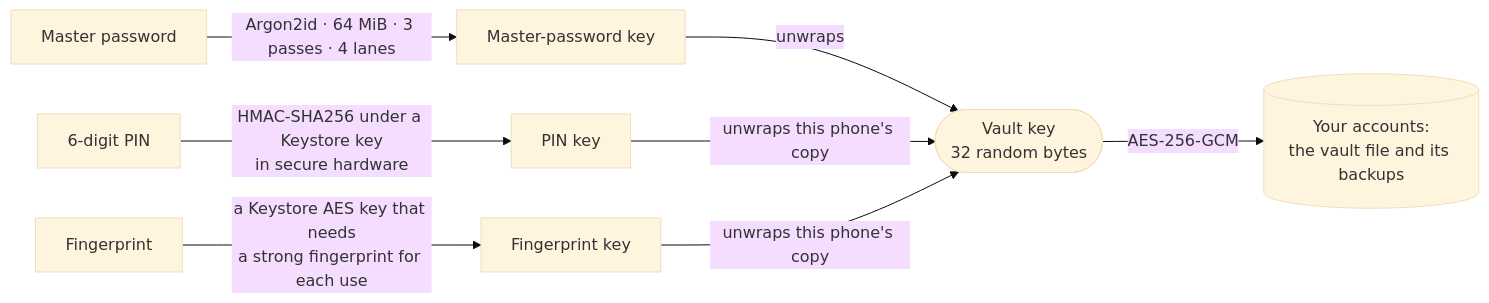
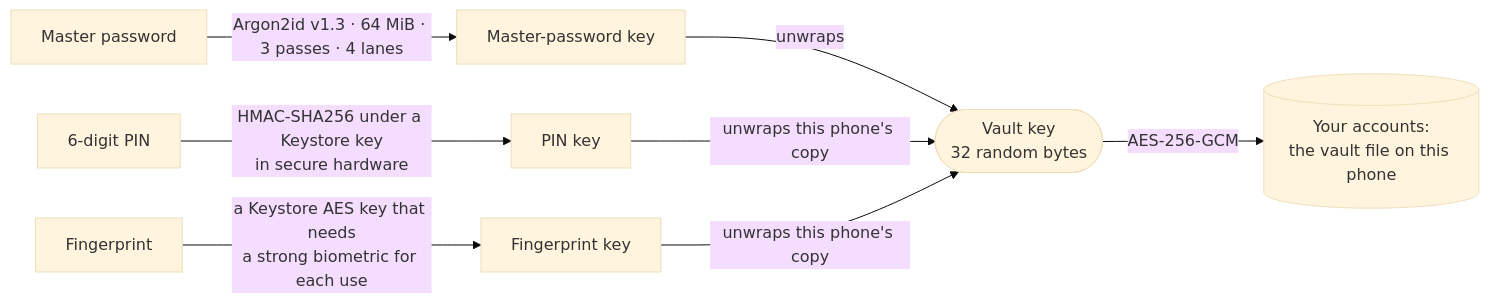
Before and after one commit to DilshodbekMX/PasswordVault: the diagram in README.md, drawn with Mermaid (base theme). The commit also changed other lines of this file and 1 other file, not shown here.

````diff
--- a/README.md
+++ b/README.md
@@ -554,10 +620,10 @@
 ```mermaid
 flowchart LR
-  MP["Master password"] -->|"Argon2id · 64 MiB · 3 passes · 4 lanes"| KEK["Master-password key"]
+  MP["Master password"] -->|"Argon2id v1.3 · 64 MiB · 3 passes · 4 lanes"| KEK["Master-password key"]
   PIN["6-digit PIN"] -->|"HMAC-SHA256 under a Keystore key<br/>in secure hardware"| KPIN["PIN key"]
-  FP["Fingerprint"] -->|"a Keystore AES key that needs<br/>a strong fingerprint for each use"| KFP["Fingerprint key"]
+  FP["Fingerprint"] -->|"a Keystore AES key that needs<br/>a strong biometric for each use"| KFP["Fingerprint key"]
   KEK -->|"unwraps"| VK(["Vault key<br/>32 random bytes"])
   KPIN -->|"unwraps this phone's copy"| VK
   KFP -->|"unwraps this phone's copy"| VK
-  VK -->|"AES-256-GCM"| DATA[("Your accounts:<br/>the vault file and its backups")]
+  VK -->|"AES-256-GCM"| DATA[("Your accounts:<br/>the vault file on this phone")]
 ```
````
